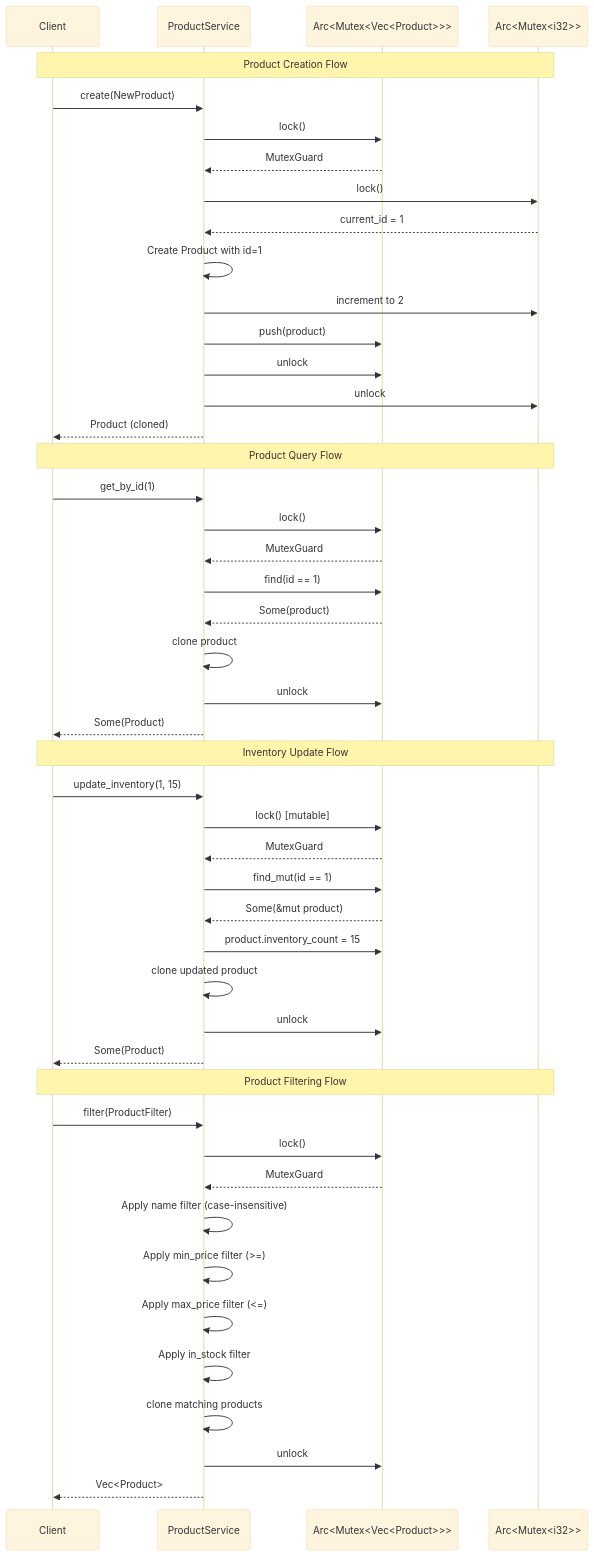
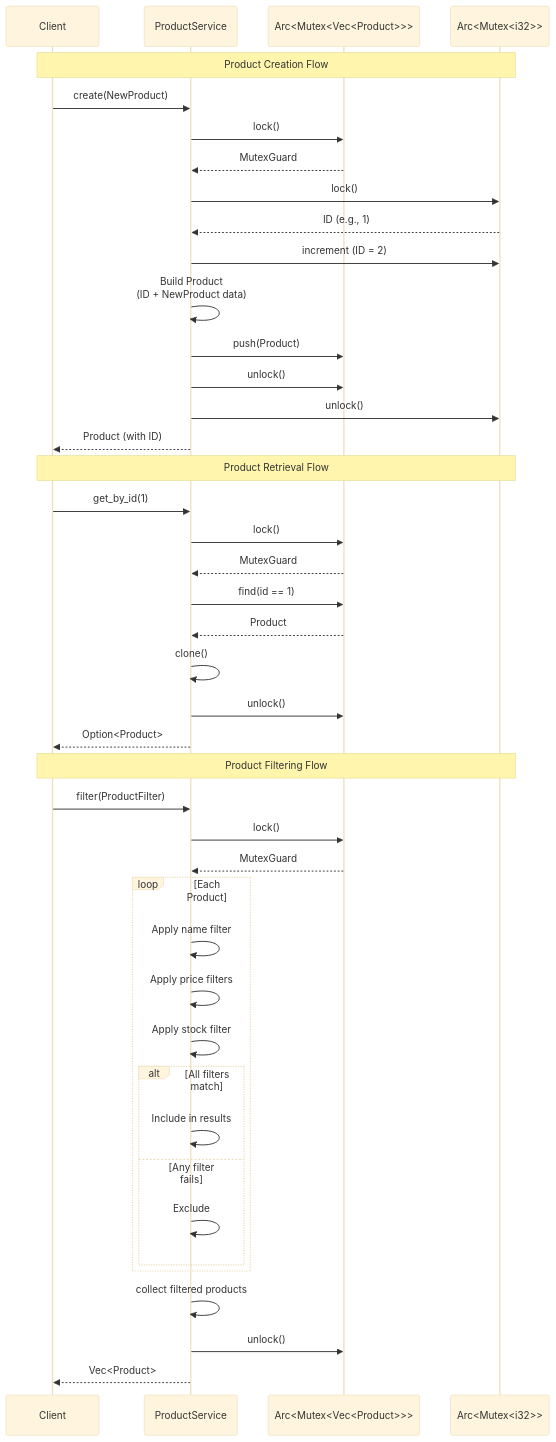
One commit to 5dlabs/cto-parallel-test changed the second of 5 diagrams in .taskmaster/docs/task-4/diagrams.mmd. Above: the diagram before and after it, drawn with Mermaid (base theme). The commit also changed other lines of this file and 34 other files, not shown here.

````diff
--- a/.taskmaster/docs/task-4/diagrams.mmd
+++ b/.taskmaster/docs/task-4/diagrams.mmd
@@ -86,57 +47,51 @@
 ```mermaid
 sequenceDiagram
     participant Client
     participant Service as ProductService
     participant Storage as Arc<Mutex<Vec<Product>>>
-    participant IDGen as Arc<Mutex<i32>>
+    participant Counter as Arc<Mutex<i32>>
 
-    Note over Client,IDGen: Product Creation Flow
+    Note over Client,Counter: Product Creation Flow
 
     Client->>Service: create(NewProduct)
     Service->>Storage: lock()
     Storage-->>Service: MutexGuard
-    Service->>IDGen: lock()
-    IDGen-->>Service: current_id = 1
-    Service->>Service: Create Product with id=1
-    Service->>IDGen: increment to 2
-    Service->>Storage: push(product)
-    Service->>Storage: unlock
-    Service->>IDGen: unlock
-    Service-->>Client: Product (cloned)
+    Service->>Counter: lock()
+    Counter-->>Service: ID (e.g., 1)
+    Service->>Counter: increment (ID = 2)
+    Service->>Service: Build Product<br/>(ID + NewProduct data)
+    Service->>Storage: push(Product)
+    Service->>Storage: unlock()
+    Service->>Counter: unlock()
+    Service-->>Client: Product (with ID)
 
-    Note over Client,IDGen: Product Query Flow
+    Note over Client,Counter: Product Retrieval Flow
 
     Client->>Service: get_by_id(1)
     Service->>Storage: lock()
     Storage-->>Service: MutexGuard
     Service->>Storage: find(id == 1)
-    Storage-->>Service: Some(product)
-    Service->>Service: clone product
-    Service->>Storage: unlock
-    Service-->>Client: Some(Product)
+    Storage-->>Service: Product
+    Service->>Service: clone()
+    Service->>Storage: unlock()
+    Service-->>Client: Option<Product>
 
-    Note over Client,IDGen: Inventory Update Flow
-
-    Client->>Service: update_inventory(1, 15)
-    Service->>Storage: lock() [mutable]
-    Storage-->>Service: MutexGuard
-    Service->>Storage: find_mut(id == 1)
-    Storage-->>Service: Some(&mut product)
-    Service->>Storage: product.inventory_count = 15
-    Service->>Service: clone updated product
-    Service->>Storage: unlock
-    Service-->>Client: Some(Product)
-
-    Note over Client,IDGen: Product Filtering Flow
+    Note over Client,Counter: Product Filtering Flow
 
     Client->>Service: filter(ProductFilter)
     Service->>Storage: lock()
     Storage-->>Service: MutexGuard
-    Service->>Service: Apply name filter (case-insensitive)
-    Service->>Service: Apply min_price filter (>=)
-    Service->>Service: Apply max_price filter (<=)
-    Service->>Service: Apply in_stock filter
-    Service->>Service: clone matching products
-    Service->>Storage: unlock
+    loop Each Product
+        Service->>Service: Apply name filter
+        Service->>Service: Apply price filters
+        Service->>Service: Apply stock filter
+        alt All filters match
+            Service->>Service: Include in results
+        else Any filter fails
+            Service->>Service: Exclude
+        end
+    end
+    Service->>Service: collect filtered products
+    Service->>Storage: unlock()
     Service-->>Client: Vec<Product>
 ```
````
